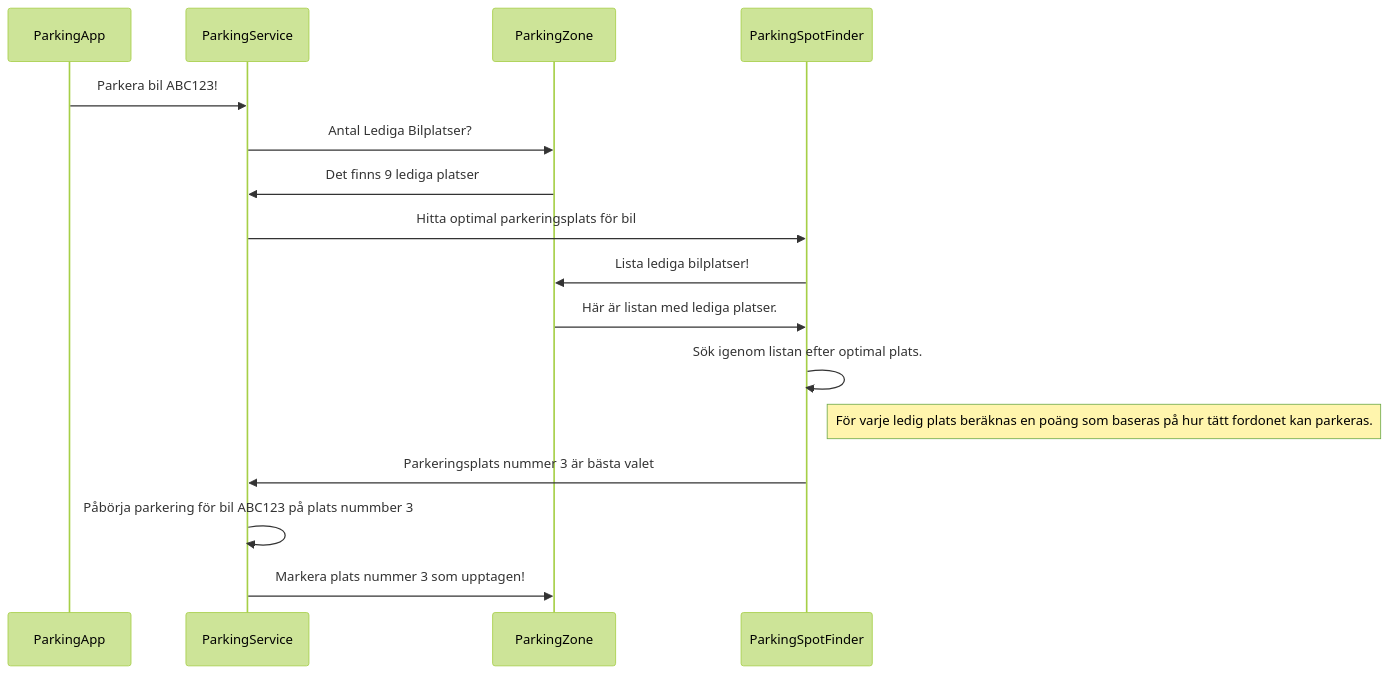
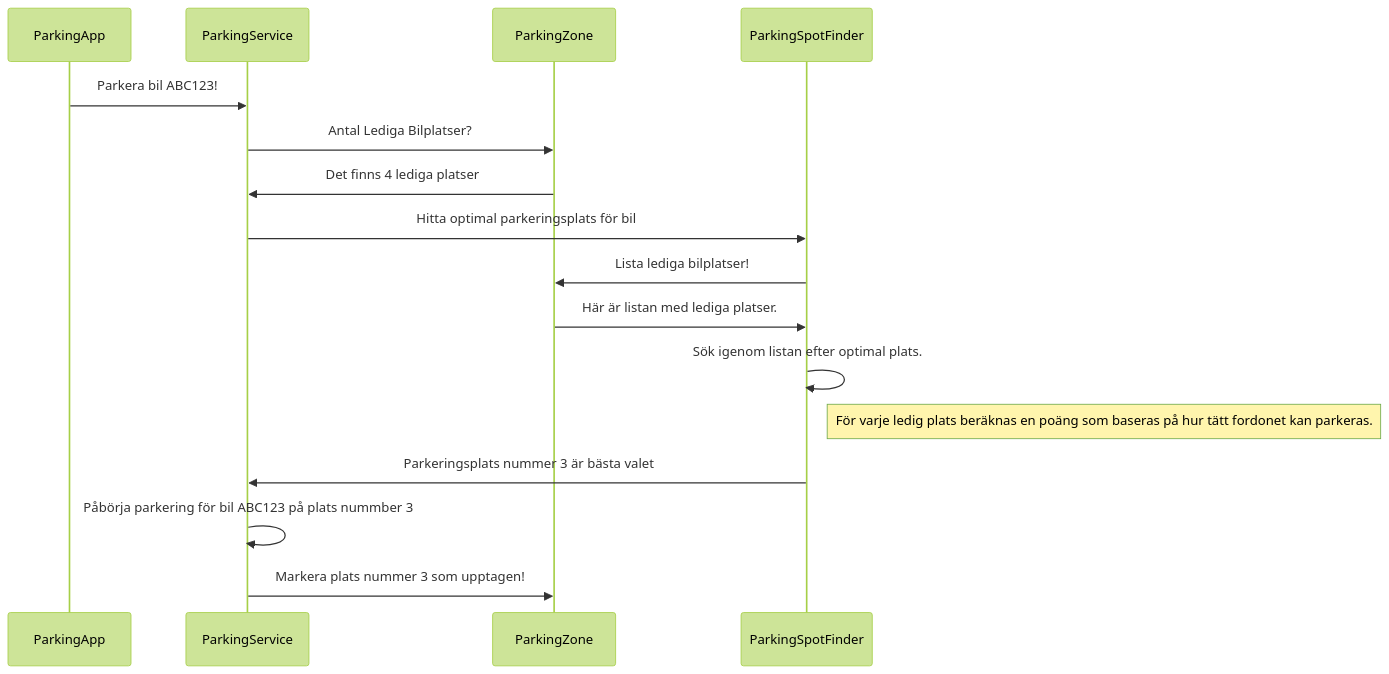
The first of 2 diagrams in ParkLot/README.md (anders-kj/ParkingLot), drawn with Mermaid (forest theme) before and after one commit. The commit also changed other lines of this file and 3 other files, not shown here.

````diff
--- a/ParkLot/README.md
+++ b/ParkLot/README.md
@@ -2,17 +20,17 @@
 ```mermaid
 sequenceDiagram
 	ParkingApp->>ParkingService: Parkera bil ABC123!
     ParkingService->>ParkingZone: Antal Lediga Bilplatser?
-	ParkingZone->>ParkingService: Det finns 9 lediga platser
+	ParkingZone->>ParkingService: Det finns 4 lediga platser
 	ParkingService->>ParkingSpotFinder: Hitta optimal parkeringsplats för bil
 	ParkingSpotFinder->>ParkingZone:Lista lediga bilplatser!
 	ParkingZone->>ParkingSpotFinder:Här är listan med lediga platser.
 	ParkingSpotFinder->>ParkingSpotFinder:Sök igenom listan efter optimal plats. 
 	Note right of ParkingSpotFinder: För varje ledig plats beräknas en poäng som baseras på hur tätt fordonet kan parkeras.
 	ParkingSpotFinder->>ParkingService: Parkeringsplats nummer 3 är bästa valet
 	ParkingService->>ParkingService:Påbörja parkering för bil ABC123 på plats nummber 3
 	ParkingService->>ParkingZone:Markera plats nummer 3 som upptagen!
 
 
 
 ```
````
